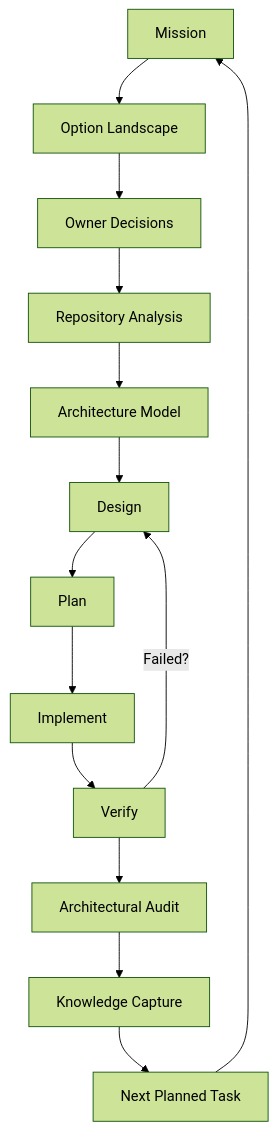
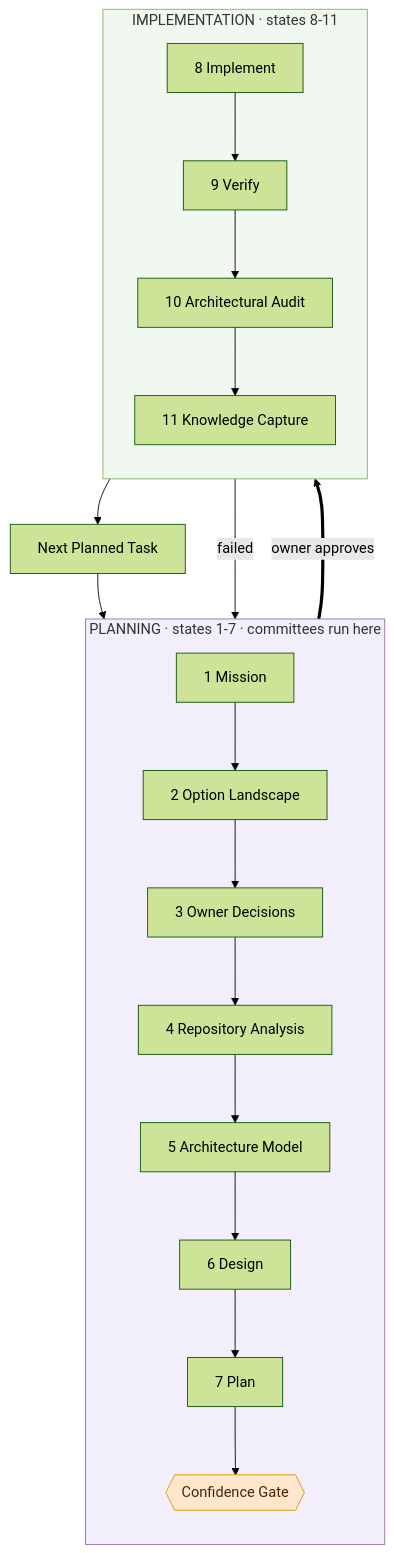
Before and after one commit to MKRO-JWL/pjs-ecosystem-docs: the fourth of 4 diagrams in SOFTWARE_ECOSYSTEM.md, drawn with Mermaid (forest theme). The commit also changed other lines of this file and 1 other file, not shown here.

````diff
--- a/SOFTWARE_ECOSYSTEM.md
+++ b/SOFTWARE_ECOSYSTEM.md
@@ -791,16 +913,30 @@
 ```mermaid
 flowchart TD
-    M[Mission] --> OL[Option Landscape]
-    OL --> OD[Owner Decisions]
-    OD --> RA[Repository Analysis]
-    RA --> AM[Architecture Model]
-    AM --> D[Design]
-    D --> P[Plan]
-    P --> I[Implement]
-    I --> V[Verify]
-    V -->|Failed?| D
-    V --> A[Architectural Audit]
-    A --> KC[Knowledge Capture]
+    subgraph PLAN["PLANNING · states 1-7 · committees run here"]
+        direction TB
+        M[1 Mission] --> OL[2 Option Landscape]
+        OL --> OD[3 Owner Decisions]
+        OD --> RA[4 Repository Analysis]
+        RA --> AM[5 Architecture Model]
+        AM --> D[6 Design]
+        D --> P[7 Plan]
+        P --> CG{{Confidence Gate}}
+    end
+
+    subgraph BUILD["IMPLEMENTATION · states 8-11"]
+        direction TB
+        I[8 Implement] --> V[9 Verify]
+        V --> A[10 Architectural Audit]
+        A --> KC[11 Knowledge Capture]
+    end
+
+    CG ==>|owner approves| I
+    V -->|failed| D
     KC --> NT[Next Planned Task]
     NT --> M
+
+    classDef nGate fill:#ffe6cc,stroke:#d79b00,color:#4a2500;
+    class CG nGate;
+    style PLAN fill:#f3eefb,stroke:#9673a6,color:#333333;
+    style BUILD fill:#f0f8f0,stroke:#82b366,color:#333333;
 ```
````
